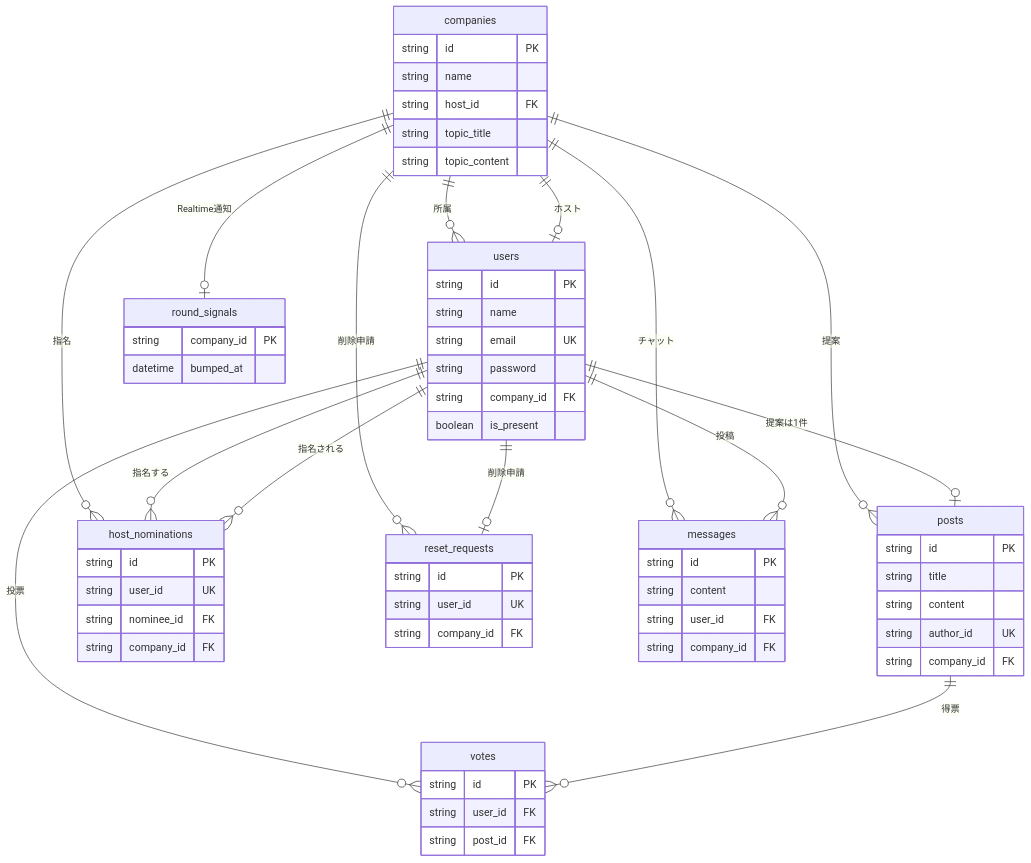
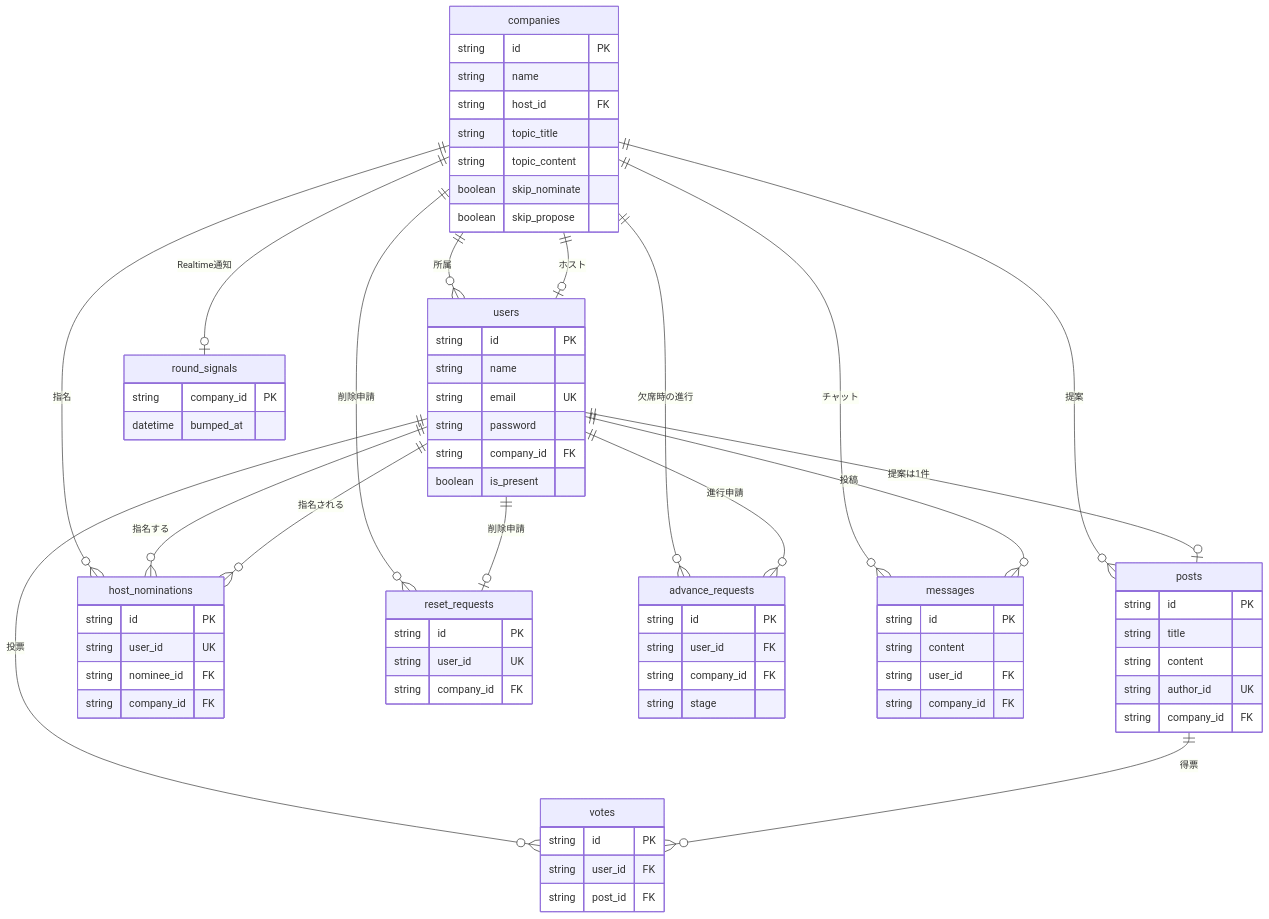
One commit to naoki1117/fast-vote changed the diagram in README.md. Above: the diagram before and after it, drawn with Mermaid. The commit also changed other lines of this file and 22 other files, not shown here.

```diff
--- a/README.md
+++ b/README.md
@@ -267,6 +284,7 @@
   companies ||--o{ posts : "提案"
   companies ||--o{ host_nominations : "指名"
   companies ||--o{ reset_requests : "削除申請"
+  companies ||--o{ advance_requests : "欠席時の進行"
   companies ||--o| round_signals : "Realtime通知"
   companies ||--o{ messages : "チャット"
   users ||--o| posts : "提案は1件"
@@ -275,6 +293,7 @@
   users ||--o{ host_nominations : "指名する"
   users ||--o{ host_nominations : "指名される"
   users ||--o| reset_requests : "削除申請"
+  users ||--o{ advance_requests : "進行申請"
   posts ||--o{ votes : "得票"
 
   companies {
@@ -283,6 +302,8 @@
     string host_id FK
     string topic_title
     string topic_content
+    boolean skip_nominate
+    boolean skip_propose
   }
 
   users {
@@ -321,6 +342,13 @@
     string company_id FK
   }
 
+  advance_requests {
+    string id PK
+    string user_id FK
+    string company_id FK
+    string stage
+  }
+
   round_signals {
     string company_id PK
     datetime bumped_at
```
